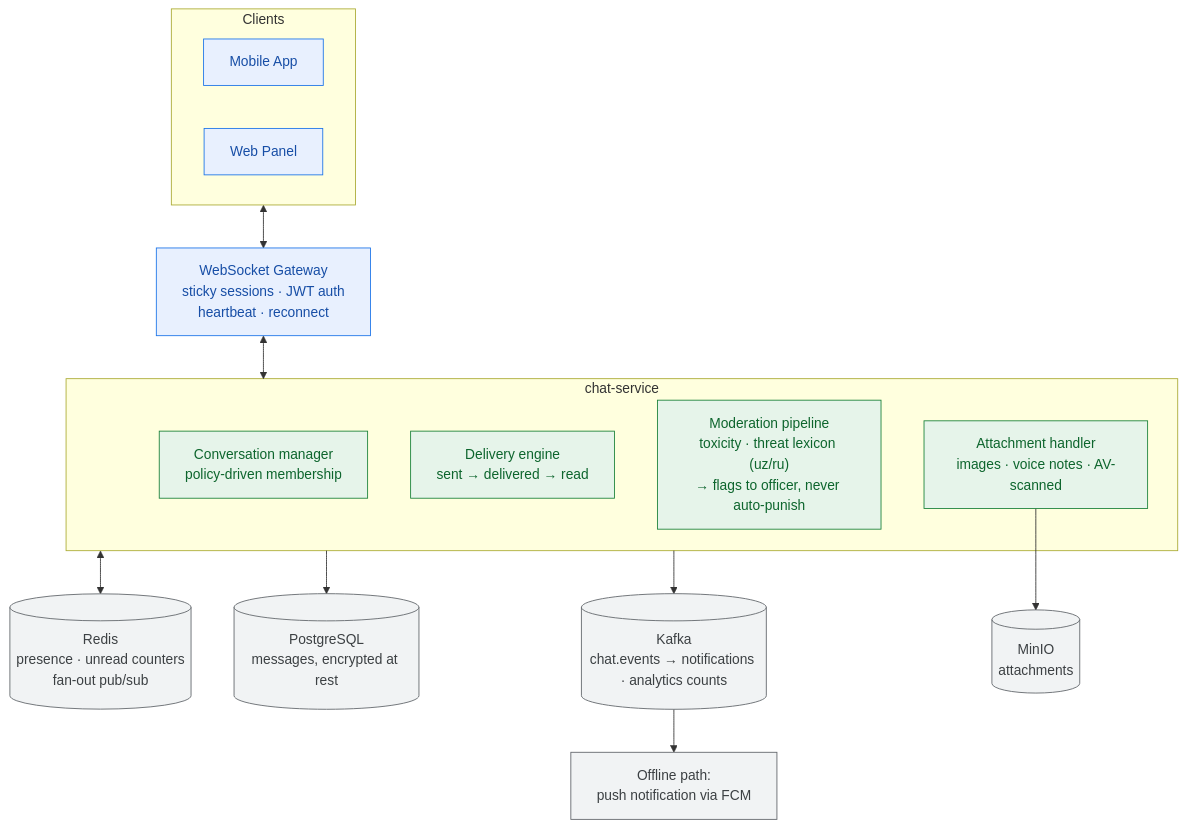
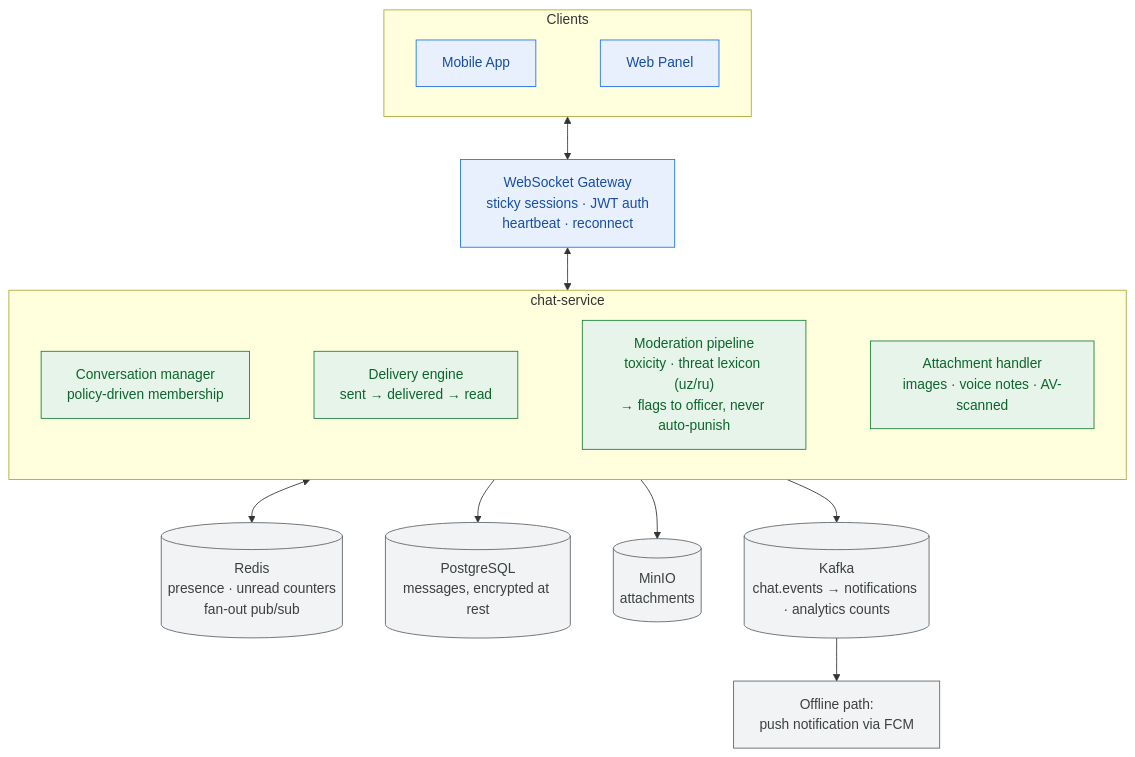
One commit to baxtbekjumayev74-byte/Yangi-hayot changed the fourth of 5 diagrams in docs/05-platform-services.md. Above: the diagram before and after it, drawn with Mermaid. The commit also changed other lines of this file and 5 other files, not shown here.

First line of the commit message:
Refine diagram layouts for presentation rendering

````diff
--- a/docs/05-platform-services.md
+++ b/docs/05-platform-services.md
@@ -167,35 +166,33 @@
 ```mermaid
 flowchart TB
     subgraph CLIENTS["Clients"]
-        MC["Mobile App"]
-        WC["Web Panel"]
+        direction LR
+        MC["Mobile App"] ~~~ WC["Web Panel"]
     end
 
     WSGW["WebSocket Gateway<br/>sticky sessions · JWT auth<br/>heartbeat · reconnect"]
 
     subgraph CS["chat-service"]
-        ROOM["Conversation manager<br/>policy-driven membership"]
-        DELIV["Delivery engine<br/>sent → delivered → read"]
-        MODQ["Moderation pipeline<br/>toxicity · threat lexicon (uz/ru)<br/>→ flags to officer, never auto-punish"]
-        MEDIA["Attachment handler<br/>images · voice notes · AV-scanned"]
+        direction LR
+        ROOM["Conversation manager<br/>policy-driven membership"] ~~~ DELIV["Delivery engine<br/>sent → delivered → read"] ~~~ MODQ["Moderation pipeline<br/>toxicity · threat lexicon (uz/ru)<br/>→ flags to officer, never auto-punish"] ~~~ MEDIA["Attachment handler<br/>images · voice notes · AV-scanned"]
     end
 
     RD[("Redis<br/>presence · unread counters<br/>fan-out pub/sub")]
     PGC[("PostgreSQL<br/>messages, encrypted at rest")]
     S3C[("MinIO<br/>attachments")]
     KAFC[("Kafka<br/>chat.events → notifications · analytics counts")]
     OFF["Offline path:<br/>push notification via FCM"]
 
     CLIENTS <--> WSGW <--> CS
     CS <--> RD
     CS --> PGC
     MEDIA --> S3C
     CS --> KAFC --> OFF
 
     classDef c fill:#e8f0fe,stroke:#1a73e8,color:#174ea6
     classDef s fill:#e6f4ea,stroke:#188038,color:#0d652d
     classDef d fill:#f1f3f4,stroke:#5f6368,color:#3c4043
     class MC,WC,WSGW c
     class ROOM,DELIV,MODQ,MEDIA s
     class RD,PGC,S3C,KAFC,OFF d
 ```
````
